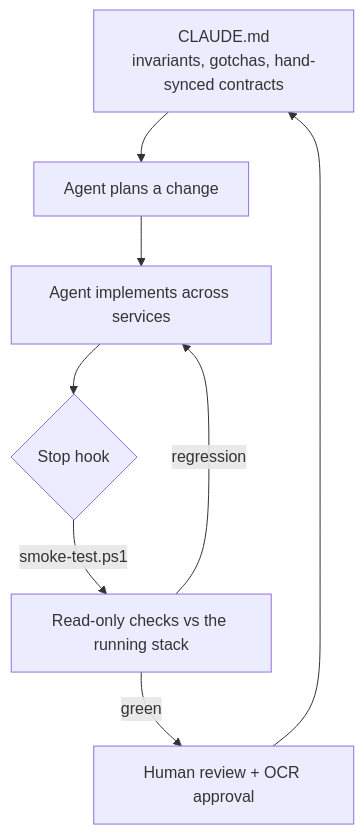
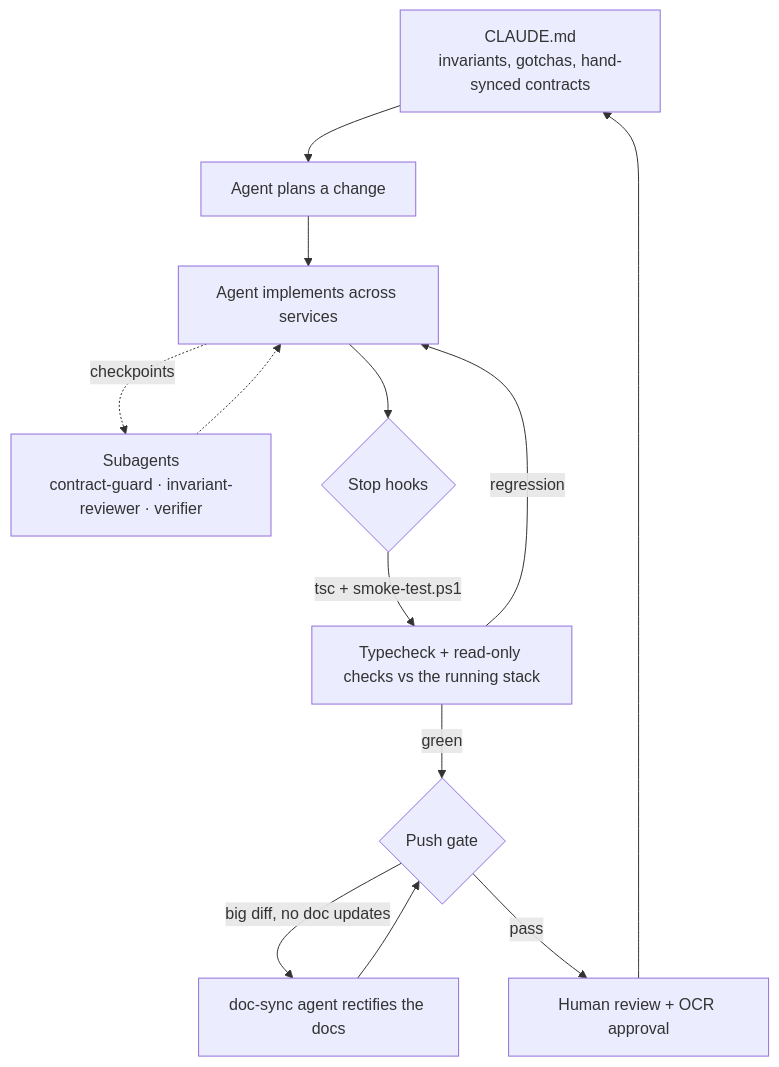
One commit to Jack-Mei-UBC/FoodTracker changed the second of 2 diagrams in README.md. Above: the diagram before and after it, drawn with Mermaid. The commit also changed other lines of this file and 12 other files, not shown here.

````diff
--- a/README.md
+++ b/README.md
@@ -122,10 +124,15 @@
 ```mermaid
 flowchart TD
   Spec[CLAUDE.md<br/>invariants, gotchas, hand-synced contracts] --> Plan
   Plan[Agent plans a change] --> Impl[Agent implements across services]
-  Impl --> Hook{Stop hook}
-  Hook -->|smoke-test.ps1| Verify[Read-only checks vs the running stack]
+  Impl -.->|checkpoints| Agents[Subagents<br/>contract-guard · invariant-reviewer · verifier]
+  Agents -.-> Impl
+  Impl --> Hook{Stop hooks}
+  Hook -->|tsc + smoke-test.ps1| Verify[Typecheck + read-only checks vs the running stack]
   Verify -->|regression| Impl
-  Verify -->|green| Human[Human review + OCR approval]
+  Verify -->|green| Gate{Push gate}
+  Gate -->|big diff, no doc updates| DocSync[doc-sync agent rectifies the docs]
+  DocSync --> Gate
+  Gate -->|pass| Human[Human review + OCR approval]
   Human --> Spec
 ```
````
